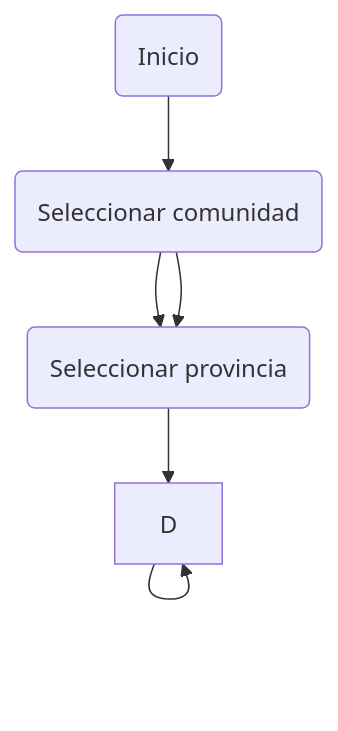
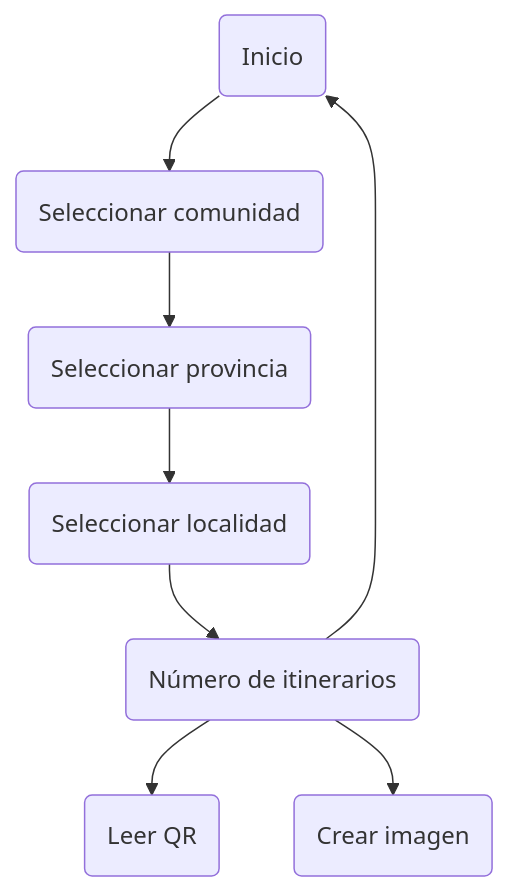
The diagram in README.md (juancmacias/juancmacias), drawn with Mermaid before and after one commit.

````diff
--- a/README.md
+++ b/README.md
@@ -12,7 +12,8 @@
 ```mermaid
 graph TD;
-    A(Inicio)-->B(Seleccionar comunidad)-->C(Seleccionar provincia);
-    B-->C;
-    C-->D;
-    D-->D;
+    A(Inicio)-->B(Seleccionar comunidad)-->C(Seleccionar provincia)-->D(Seleccionar localidad);
+    D-->E(Número de itinerarios);
+    E-->A;
+    E-->F(Leer QR);
+    E-->G(Crear imagen);
 ```
````
